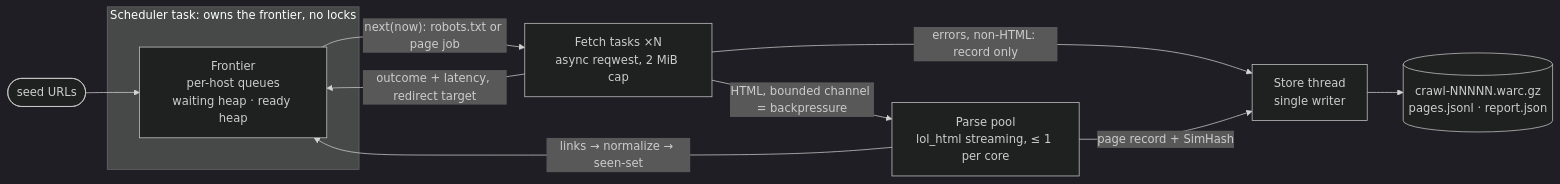
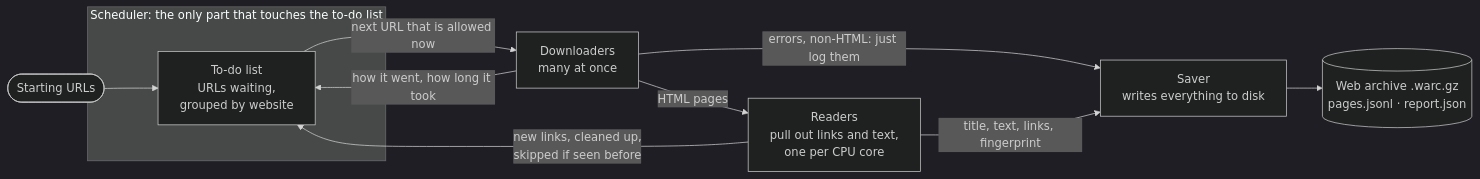
One commit to Armaan-king/McCrawl changed the first of 4 diagrams in README.md. Above: the diagram before and after it, drawn with Mermaid (dark theme). The commit also changed other lines of this file, not shown here.

````diff
--- a/README.md
+++ b/README.md
@@ -19,16 +17,16 @@
 ```mermaid
 flowchart LR
-    seeds(["seed URLs"]) --> F
+    seeds(["Starting URLs"]) --> F
 
-    subgraph SCHED["Scheduler task: owns the frontier, no locks"]
-        F["Frontier<br/>per-host queues<br/>waiting heap · ready heap"]
+    subgraph SCHED["Scheduler: the only part that touches the to-do list"]
+        F["To-do list<br/>URLs waiting,<br/>grouped by website"]
     end
 
-    F -- "next(now): robots.txt or page job" --> FT["Fetch tasks ×N<br/>async reqwest, 2 MiB cap"]
-    FT -- "outcome + latency, redirect target" --> F
-    FT -- "HTML, bounded channel = backpressure" --> P["Parse pool<br/>lol_html streaming, ≤ 1 per core"]
-    FT -- "errors, non-HTML: record only" --> ST
-    P -- "links → normalize → seen-set" --> F
-    P -- "page record + SimHash" --> ST["Store thread<br/>single writer"]
-    ST --> OUT[("crawl-NNNNN.warc.gz<br/>pages.jsonl · report.json")]
+    F -- "next URL that is allowed now" --> FT["Downloaders<br/>many at once"]
+    FT -- "how it went, how long it took" --> F
+    FT -- "HTML pages" --> P["Readers<br/>pull out links and text,<br/>one per CPU core"]
+    FT -- "errors, non-HTML: just log them" --> ST
+    P -- "new links, cleaned up,<br/>skipped if seen before" --> F
+    P -- "title, text, links, fingerprint" --> ST["Saver<br/>writes everything to disk"]
+    ST --> OUT[("Web archive .warc.gz<br/>pages.jsonl · report.json")]
 ```
````
